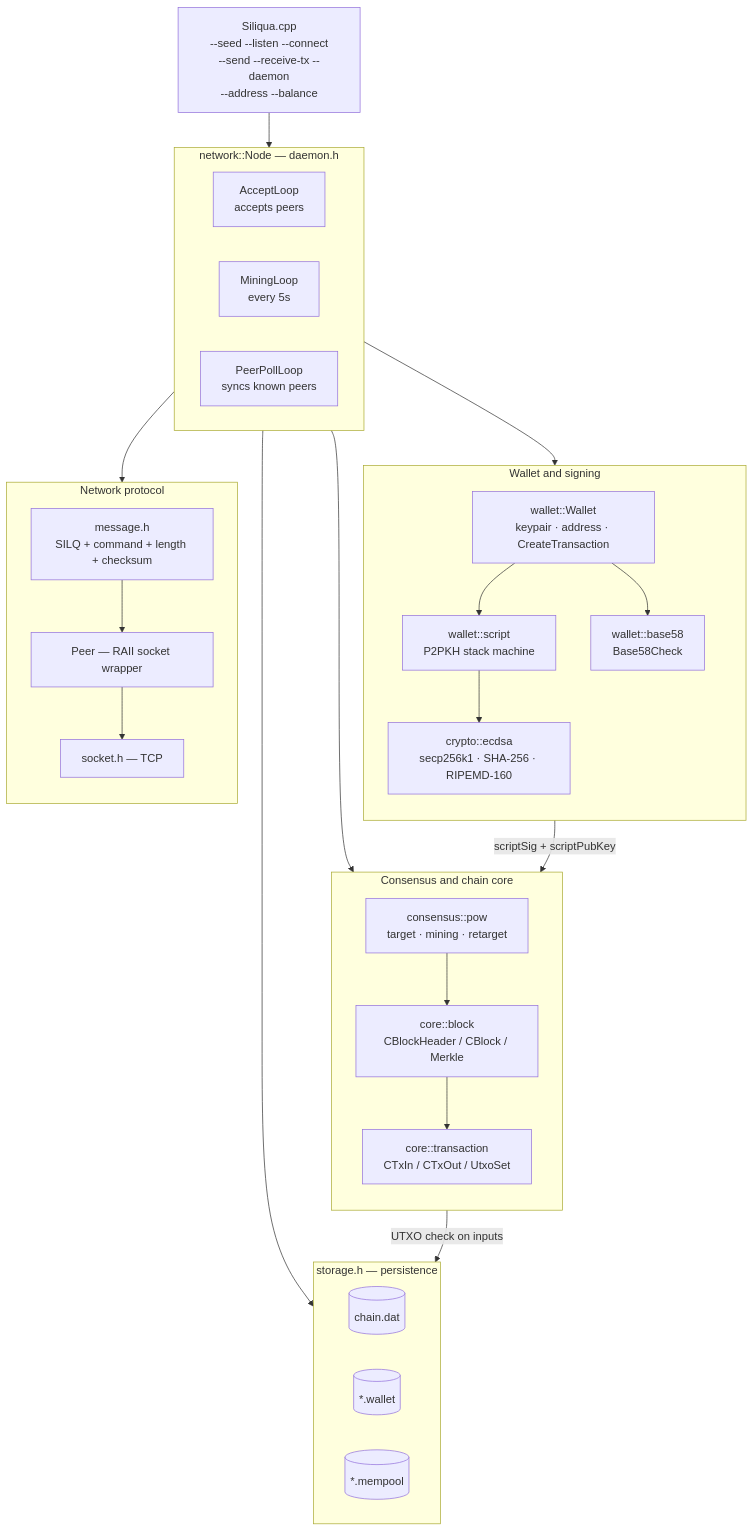
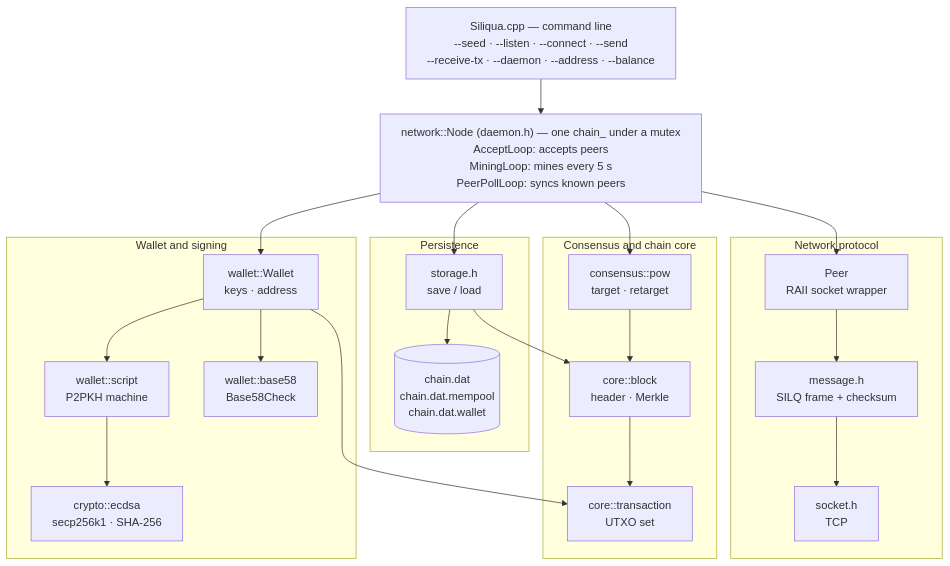
One commit to crypt0xCode/Siliqua changed the first of 2 diagrams in README.md. Above: the diagram before and after it, drawn with Mermaid. The commit also changed other lines of this file and 9 other files, not shown here.

First line of the commit message:
Added new blockchain features and edit schemes and diagrams, fixed .gitignore file.

````diff
--- a/README.md
+++ b/README.md
@@ -135,50 +139,43 @@
 ```mermaid
+%%{init: {"flowchart": {"wrappingWidth": 460}}}%%
 flowchart TB
-  CLI["Siliqua.cpp<br/>--seed --listen --connect<br/>--send --receive-tx --daemon<br/>--address --balance"]
-  CLI --> NODE
+  CLI["Siliqua.cpp — command line<br/>--seed · --listen · --connect · --send<br/>--receive-tx · --daemon · --address · --balance"]
+  NODE["network::Node (daemon.h) — one chain_ under a mutex<br/>AcceptLoop: accepts peers<br/>MiningLoop: mines every 5 s<br/>PeerPollLoop: syncs known peers"]
 
-  subgraph NODE["network::Node — daemon.h"]
-    direction LR
-    ACC["AcceptLoop<br/>accepts peers"]
-    MINE["MiningLoop<br/>every 5s"]
-    POLL["PeerPollLoop<br/>syncs known peers"]
+  subgraph NET["Network protocol"]
+    PEER["Peer<br/>RAII socket wrapper"]
+    MSG["message.h<br/>SILQ frame + checksum"]
+    SOCK["socket.h<br/>TCP"]
+    PEER --> MSG --> SOCK
   end
 
-  NODE --> CONS & WAL & NET & STORE
+  subgraph STORE["Persistence"]
+    ST["storage.h<br/>save / load"]
+    FILES[("chain.dat<br/>chain.dat.mempool<br/>chain.dat.wallet")]
+    ST --> FILES
+  end
 
   subgraph CONS["Consensus and chain core"]
-    direction TB
-    POW["consensus::pow<br/>target · mining · retarget"]
-    BLK["core::block<br/>CBlockHeader / CBlock / Merkle"]
-    TX["core::transaction<br/>CTxIn / CTxOut / UtxoSet"]
+    POW["consensus::pow<br/>target · retarget"]
+    BLK["core::block<br/>header · Merkle"]
+    TX["core::transaction<br/>UTXO set"]
     POW --> BLK --> TX
   end
 
   subgraph WAL["Wallet and signing"]
-    direction TB
-    W["wallet::Wallet<br/>keypair · address · CreateTransaction"]
-    SCR["wallet::script<br/>P2PKH stack machine"]
+    W["wallet::Wallet<br/>keys · address"]
+    SCR["wallet::script<br/>P2PKH machine"]
     B58["wallet::base58<br/>Base58Check"]
-    ECD["crypto::ecdsa<br/>secp256k1 · SHA-256 · RIPEMD-160"]
+    ECD["crypto::ecdsa<br/>secp256k1 · SHA-256"]
     W --> SCR --> ECD
     W --> B58
   end
 
-  subgraph NET["Network protocol"]
-    direction TB
-    MSG["message.h<br/>SILQ + command + length + checksum"]
-    PEER["Peer — RAII socket wrapper"]
-    SOCK["socket.h — TCP"]
-    MSG --> PEER --> SOCK
-  end
-
-  subgraph STORE["storage.h — persistence"]
-    direction LR
-    CH[("chain.dat")]
-    WF[("*.wallet")]
-    MP[("*.mempool")]
-  end
-
-  TX -->|UTXO check on inputs| STORE
-  SCR -->|scriptSig + scriptPubKey| TX
+  CLI --> NODE
+  NODE --> PEER
+  NODE --> ST
+  NODE --> POW
+  NODE --> W
+  ST --> BLK
+  W --> TX
 ```
````
